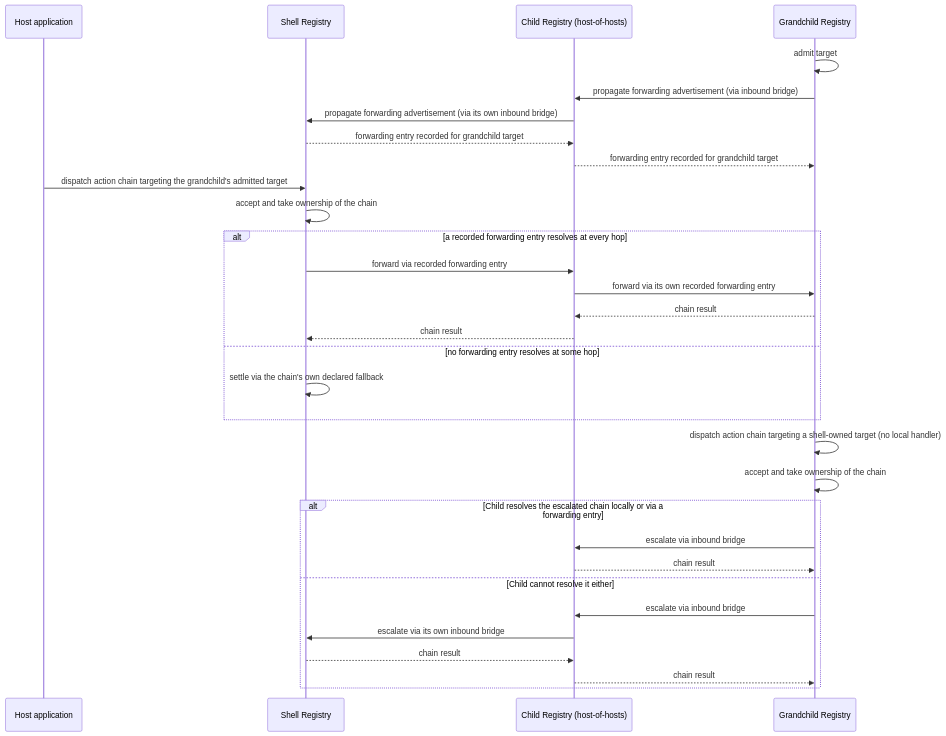
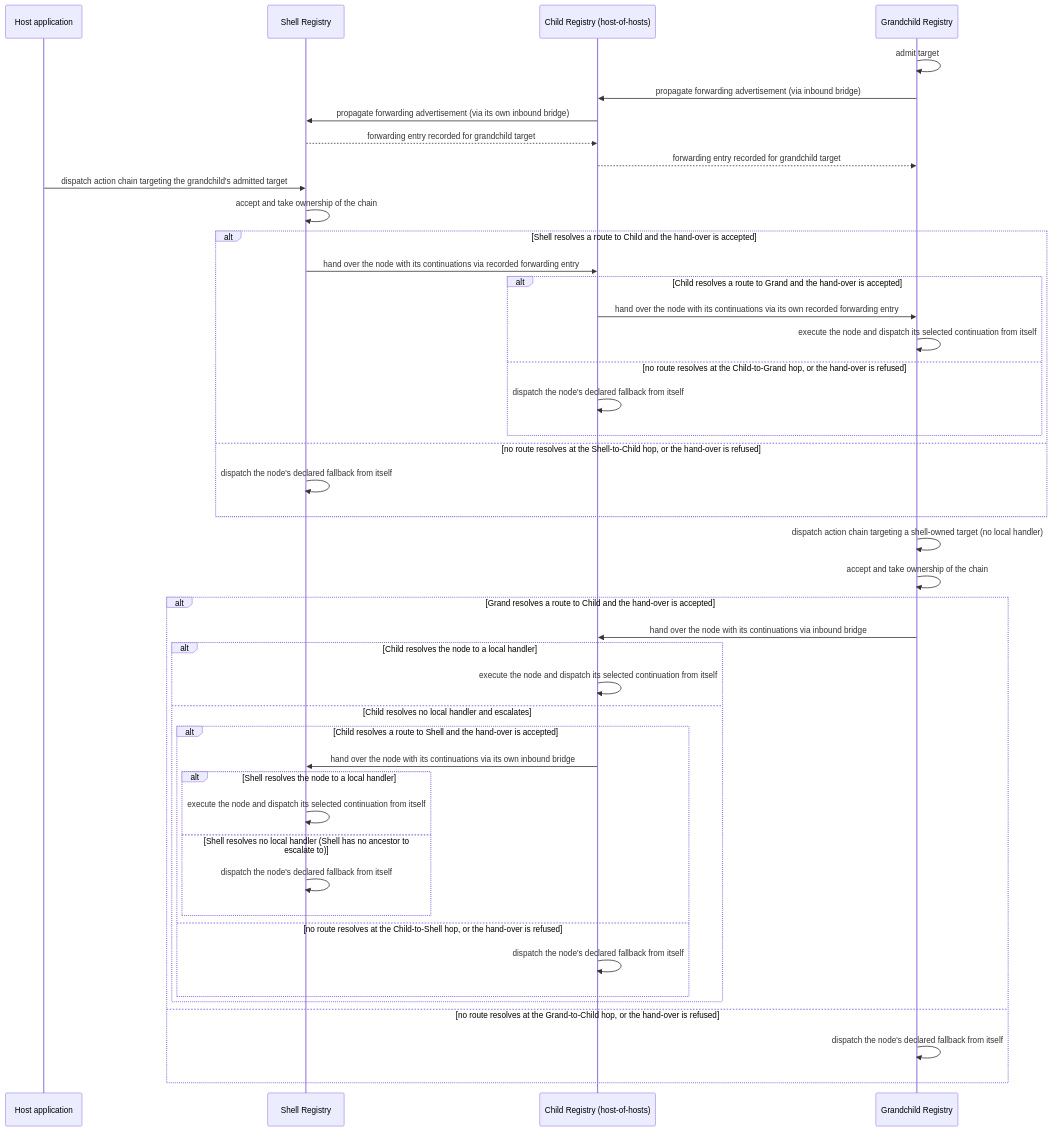
One commit to GeraBart/gears-frontx changed the fourth of 4 diagrams in packages/mfes/architecture/DESIGN.md. Above: the diagram before and after it, drawn with Mermaid. The commit also changed other lines of this file and 53 other files, not shown here.

````diff
--- a/packages/mfes/architecture/DESIGN.md
+++ b/packages/mfes/architecture/DESIGN.md
@@ -384,33 +386,46 @@
 ```mermaid
 sequenceDiagram
     participant App as Host application
     participant Shell as Shell Registry
     participant Child as Child Registry (host-of-hosts)
     participant Grand as Grandchild Registry
     Grand->>Grand: admit target
     Grand->>Child: propagate forwarding advertisement (via inbound bridge)
     Child->>Shell: propagate forwarding advertisement (via its own inbound bridge)
     Shell-->>Child: forwarding entry recorded for grandchild target
     Child-->>Grand: forwarding entry recorded for grandchild target
     App->>Shell: dispatch action chain targeting the grandchild's admitted target
     Shell->>Shell: accept and take ownership of the chain
-    alt a recorded forwarding entry resolves at every hop
-        Shell->>Child: forward via recorded forwarding entry
-        Child->>Grand: forward via its own recorded forwarding entry
-        Grand-->>Child: chain result
-        Child-->>Shell: chain result
-    else no forwarding entry resolves at some hop
-        Shell->>Shell: settle via the chain's own declared fallback
+    alt Shell resolves a route to Child and the hand-over is accepted
+        Shell->>Child: hand over the node with its continuations via recorded forwarding entry
+        alt Child resolves a route to Grand and the hand-over is accepted
+            Child->>Grand: hand over the node with its continuations via its own recorded forwarding entry
+            Grand->>Grand: execute the node and dispatch its selected continuation from itself
+        else no route resolves at the Child-to-Grand hop, or the hand-over is refused
+            Child->>Child: dispatch the node's declared fallback from itself
+        end
+    else no route resolves at the Shell-to-Child hop, or the hand-over is refused
+        Shell->>Shell: dispatch the node's declared fallback from itself
     end
     Grand->>Grand: dispatch action chain targeting a shell-owned target (no local handler)
     Grand->>Grand: accept and take ownership of the chain
-    alt Child resolves the escalated chain locally or via a forwarding entry
-        Grand->>Child: escalate via inbound bridge
-        Child-->>Grand: chain result
-    else Child cannot resolve it either
-        Grand->>Child: escalate via inbound bridge
-        Child->>Shell: escalate via its own inbound bridge
-        Shell-->>Child: chain result
-        Child-->>Grand: chain result
+    alt Grand resolves a route to Child and the hand-over is accepted
+        Grand->>Child: hand over the node with its continuations via inbound bridge
+        alt Child resolves the node to a local handler
+            Child->>Child: execute the node and dispatch its selected continuation from itself
+        else Child resolves no local handler and escalates
+            alt Child resolves a route to Shell and the hand-over is accepted
+                Child->>Shell: hand over the node with its continuations via its own inbound bridge
+                alt Shell resolves the node to a local handler
+                    Shell->>Shell: execute the node and dispatch its selected continuation from itself
+                else Shell resolves no local handler (Shell has no ancestor to escalate to)
+                    Shell->>Shell: dispatch the node's declared fallback from itself
+                end
+            else no route resolves at the Child-to-Shell hop, or the hand-over is refused
+                Child->>Child: dispatch the node's declared fallback from itself
+            end
+        end
+    else no route resolves at the Grand-to-Child hop, or the hand-over is refused
+        Grand->>Grand: dispatch the node's declared fallback from itself
     end
 ```
````
